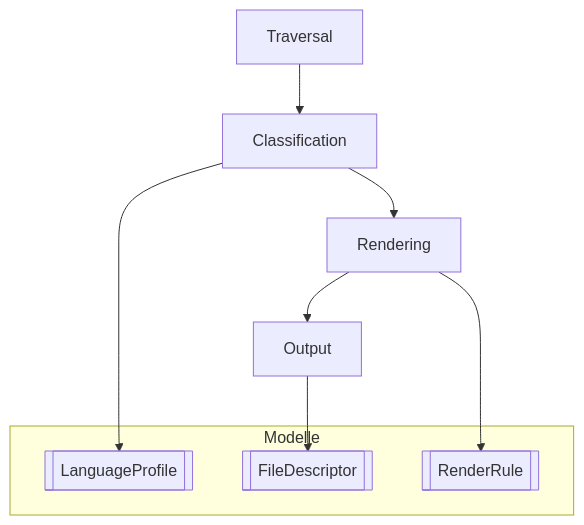
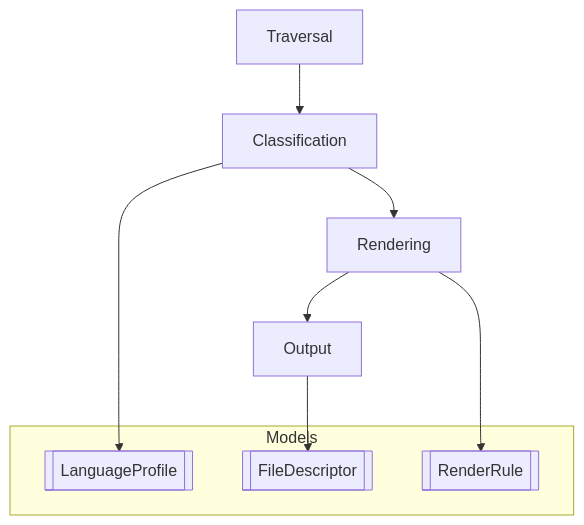
Before and after one commit to ElodinderBarde/plugin-obsidian-imort-your-code: the first of 2 diagrams in README.md, drawn with Mermaid. The commit also changed other lines of this file, not shown here.

````diff
--- a/README.md
+++ b/README.md
@@ -52,16 +52,16 @@
 ```mermaid
 graph TD
     A[Traversal] --> B[Classification]
     B --> C[Rendering]
     C --> D[Output]
 
     B --> E[[LanguageProfile]]
     D --> F[[FileDescriptor]]
     C --> G[[RenderRule]]
 
-    subgraph Modelle
+    subgraph Models
         E
         F 
         G
     end
 ```
````
